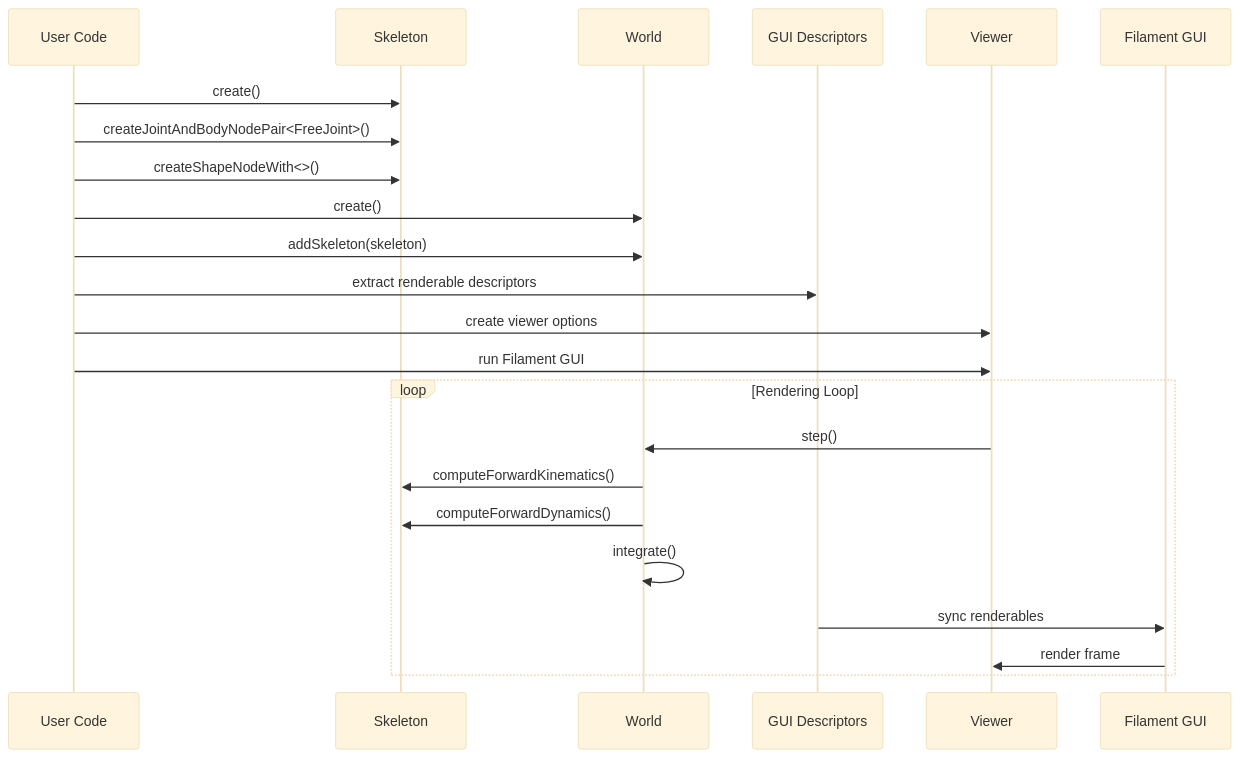
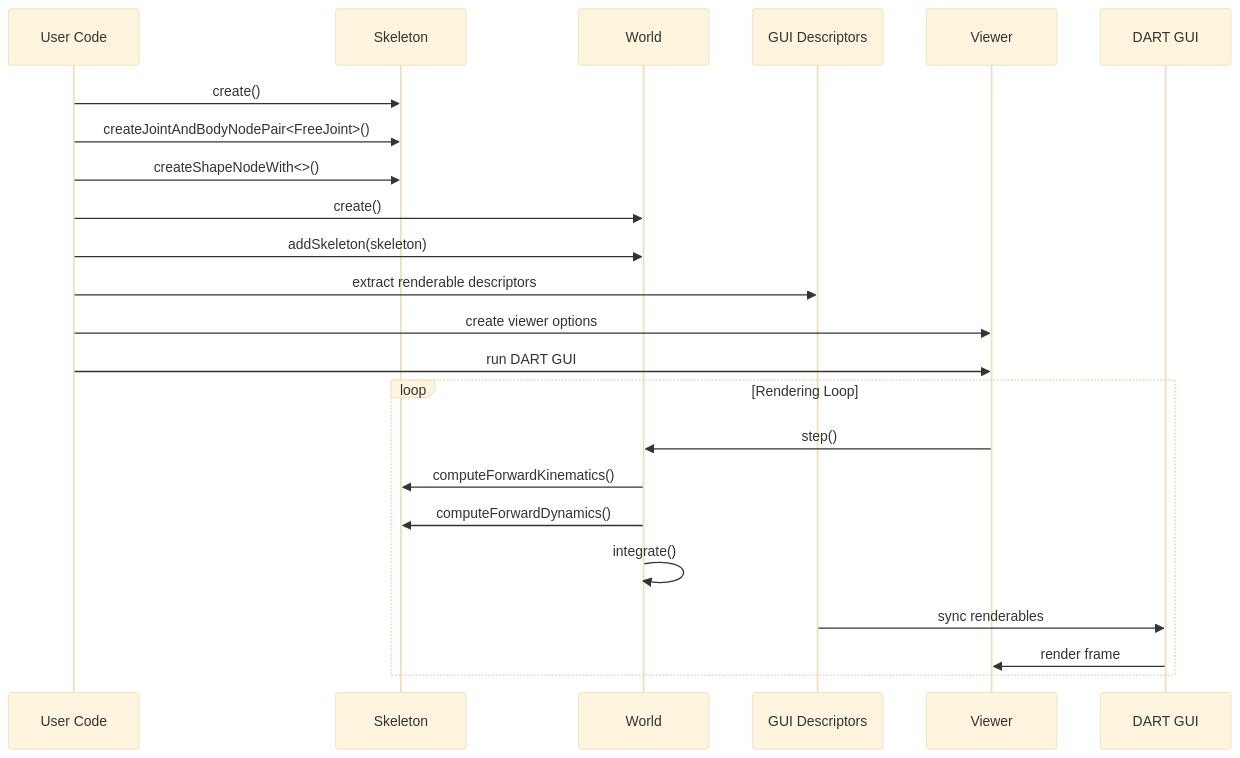
Before and after one commit to dartsim/dart: the second of 7 diagrams in docs/onboarding/README.md, drawn with Mermaid (base theme). The commit also changed other lines of this file and 15 other files, not shown here.

Commit message:
Rename DART GUI smoke branding

````diff
--- a/docs/onboarding/README.md
+++ b/docs/onboarding/README.md
@@ -508,27 +508,27 @@
 ```mermaid
 sequenceDiagram
     participant User as User Code
     participant Skeleton as Skeleton
     participant World as World
     participant Descriptors as GUI Descriptors
     participant Viewer as Viewer
-    participant GUI as Filament GUI
+    participant GUI as DART GUI
 
     User->>Skeleton: create()
     User->>Skeleton: createJointAndBodyNodePair<FreeJoint>()
     User->>Skeleton: createShapeNodeWith<>()
     User->>World: create()
     User->>World: addSkeleton(skeleton)
     User->>Descriptors: extract renderable descriptors
     User->>Viewer: create viewer options
-    User->>Viewer: run Filament GUI
+    User->>Viewer: run DART GUI
 
     loop Rendering Loop
         Viewer->>World: step()
         World->>Skeleton: computeForwardKinematics()
         World->>Skeleton: computeForwardDynamics()
         World->>World: integrate()
         Descriptors->>GUI: sync renderables
         GUI->>Viewer: render frame
     end
 ```
````
